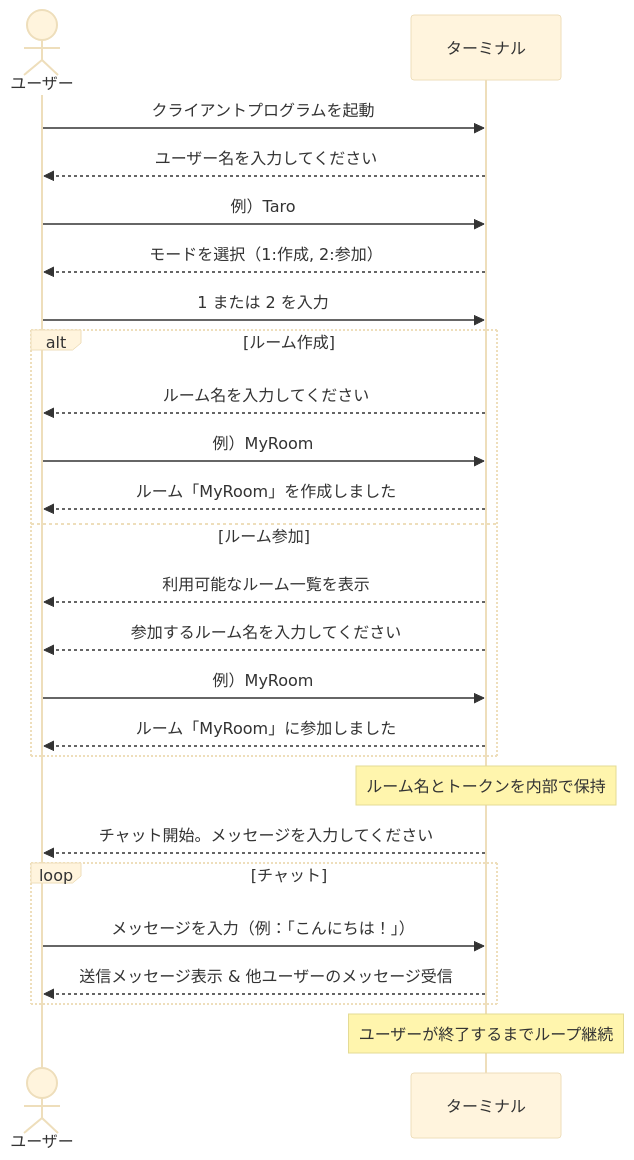
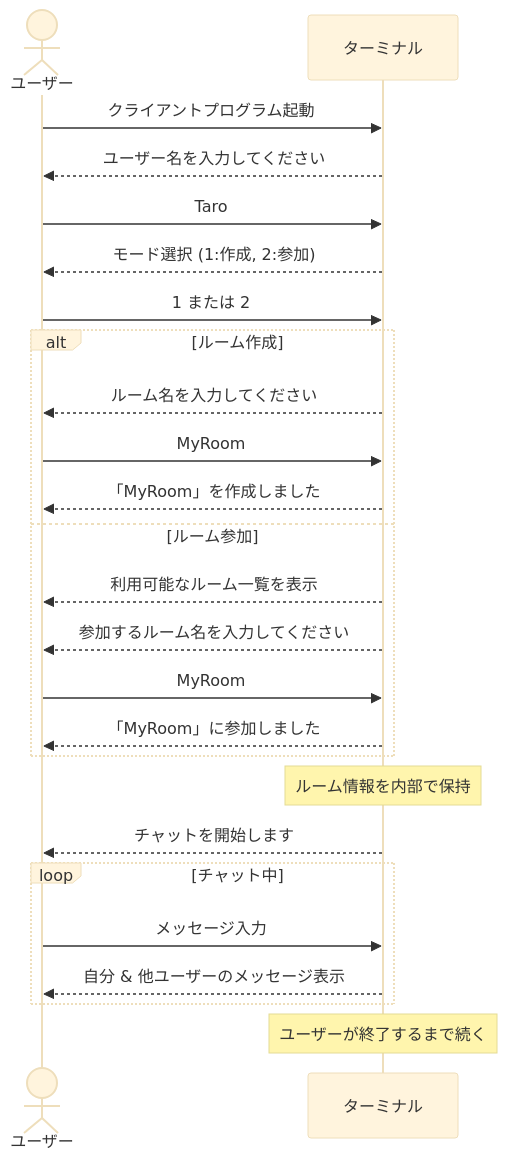
The second of 2 diagrams in README.md (BackendExplorer/Tenshin), drawn with Mermaid (base theme) before and after one commit.

````diff
--- a/README.md
+++ b/README.md
@@ -46,33 +46,33 @@
 ```mermaid
 sequenceDiagram
     actor ユーザー
     participant ターミナル
 
-    ユーザー->>ターミナル: クライアントプログラムを起動
+    ユーザー->>ターミナル: クライアントプログラム起動
     ターミナル-->>ユーザー: ユーザー名を入力してください
-    ユーザー->>ターミナル: 例）Taro
+    ユーザー->>ターミナル: Taro
 
-    ターミナル-->>ユーザー: モードを選択（1:作成, 2:参加）
-    ユーザー->>ターミナル: 1 または 2 を入力
+    ターミナル-->>ユーザー: モード選択 (1:作成, 2:参加)
+    ユーザー->>ターミナル: 1 または 2
 
     alt ルーム作成
         ターミナル-->>ユーザー: ルーム名を入力してください
-        ユーザー->>ターミナル: 例）MyRoom
-        ターミナル-->>ユーザー: ルーム「MyRoom」を作成しました
+        ユーザー->>ターミナル: MyRoom
+        ターミナル-->>ユーザー: 「MyRoom」を作成しました
     else ルーム参加
         ターミナル-->>ユーザー: 利用可能なルーム一覧を表示
         ターミナル-->>ユーザー: 参加するルーム名を入力してください
-        ユーザー->>ターミナル: 例）MyRoom
-        ターミナル-->>ユーザー: ルーム「MyRoom」に参加しました
+        ユーザー->>ターミナル: MyRoom
+        ターミナル-->>ユーザー: 「MyRoom」に参加しました
     end
 
-    note over ターミナル: ルーム名とトークンを内部で保持
+    note over ターミナル: ルーム情報を内部で保持
 
-    ターミナル-->>ユーザー: チャット開始。メッセージを入力してください
-    loop チャット
-        ユーザー->>ターミナル: メッセージを入力（例：「こんにちは！」）
-        ターミナル-->>ユーザー: 送信メッセージ表示 & 他ユーザーのメッセージ受信
+    ターミナル-->>ユーザー: チャットを開始します
+    loop チャット中
+        ユーザー->>ターミナル: メッセージ入力
+        ターミナル-->>ユーザー: 自分 & 他ユーザーのメッセージ表示
     end
 
-    note over ターミナル: ユーザーが終了するまでループ継続
+    note over ターミナル: ユーザーが終了するまで続く
 ```
````
